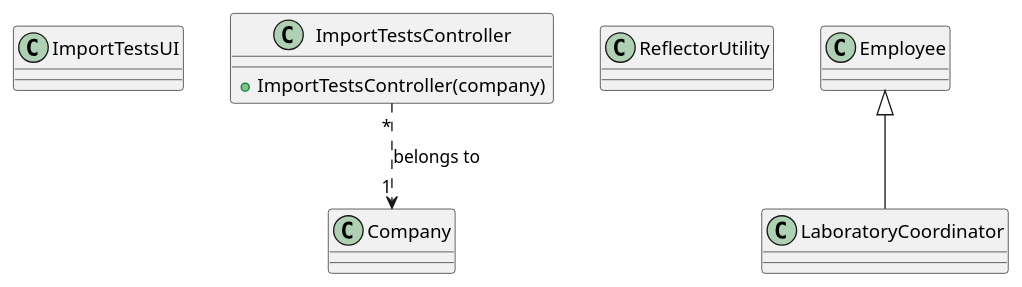
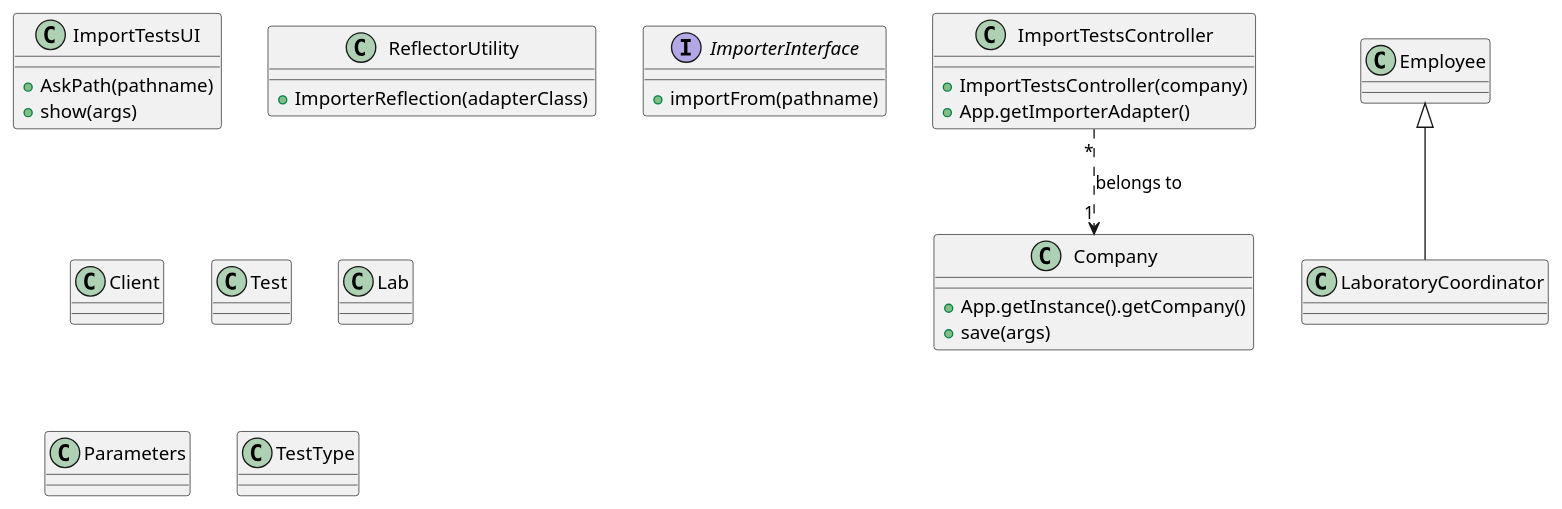
The diagram in docs/SprintD/US17/US17_CD.puml (jsmarques98/LAPR2-ISEP), drawn with PlantUML before and after one commit. The commit also changed 3 other files, not shown here.

Commit message:
Improvements in the class diagram of the US 17

```diff
--- a/docs/SprintD/US17/US17_CD.puml
+++ b/docs/SprintD/US17/US17_CD.puml
@@ -1,31 +1,54 @@
 @startuml
 
 skinparam classAtributionIconSize 0
 
 
 class ImportTestsUI {
+  +AskPath(pathname)
+  +show(args)
 }
 
 class ImportTestsController {
     +ImportTestsController(company)
+    +App.getImporterAdapter()
 }
 
 class ReflectorUtility {
+    +ImporterReflection(adapterClass)
 
   }
 
 class Company {
+    +App.getInstance().getCompany()
+    +save(args)
 }
 
 class Employee {
 }
 
 class LaboratoryCoordinator {
 }
 
+interface ImporterInterface {
+    +importFrom(pathname)
+}
 
+class Client {
+  }
+
+class Test {
+  }
+
+class Lab {
+  }
+
+class Parameters {
+  }
+
+class TestType{
+  }
 
 ImportTestsController "*" ..> "1" Company : belongs to
 class LaboratoryCoordinator extends Employee
 
 @enduml
```
